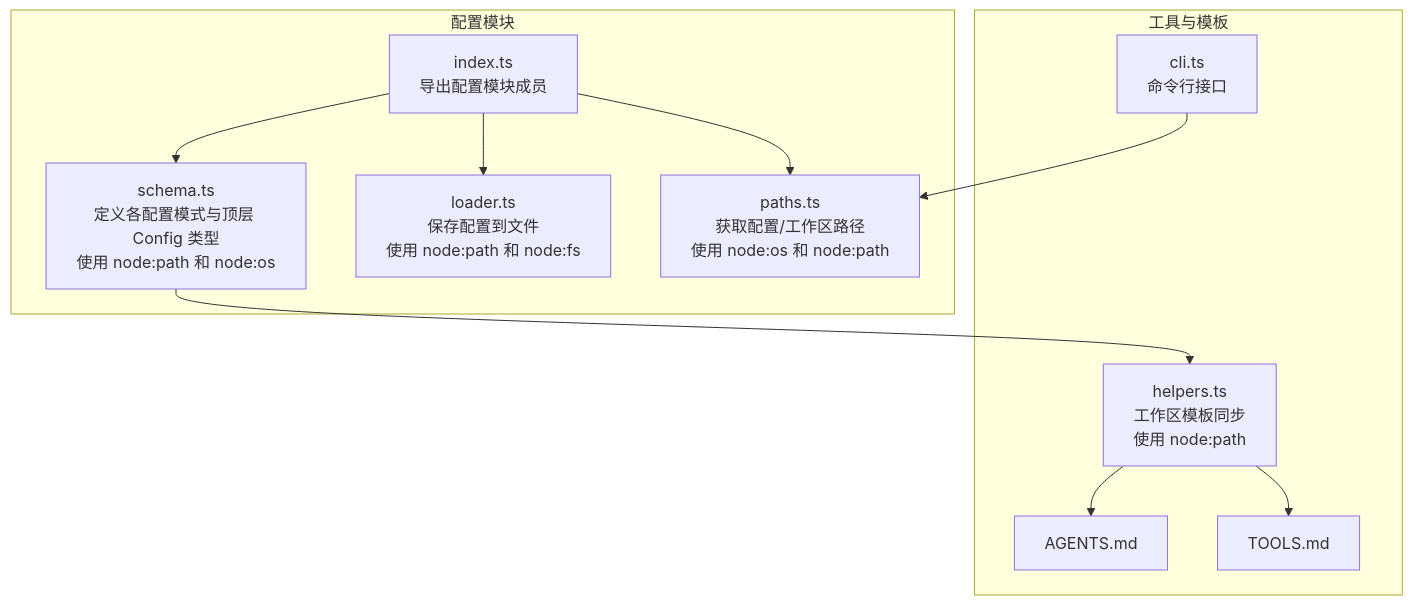
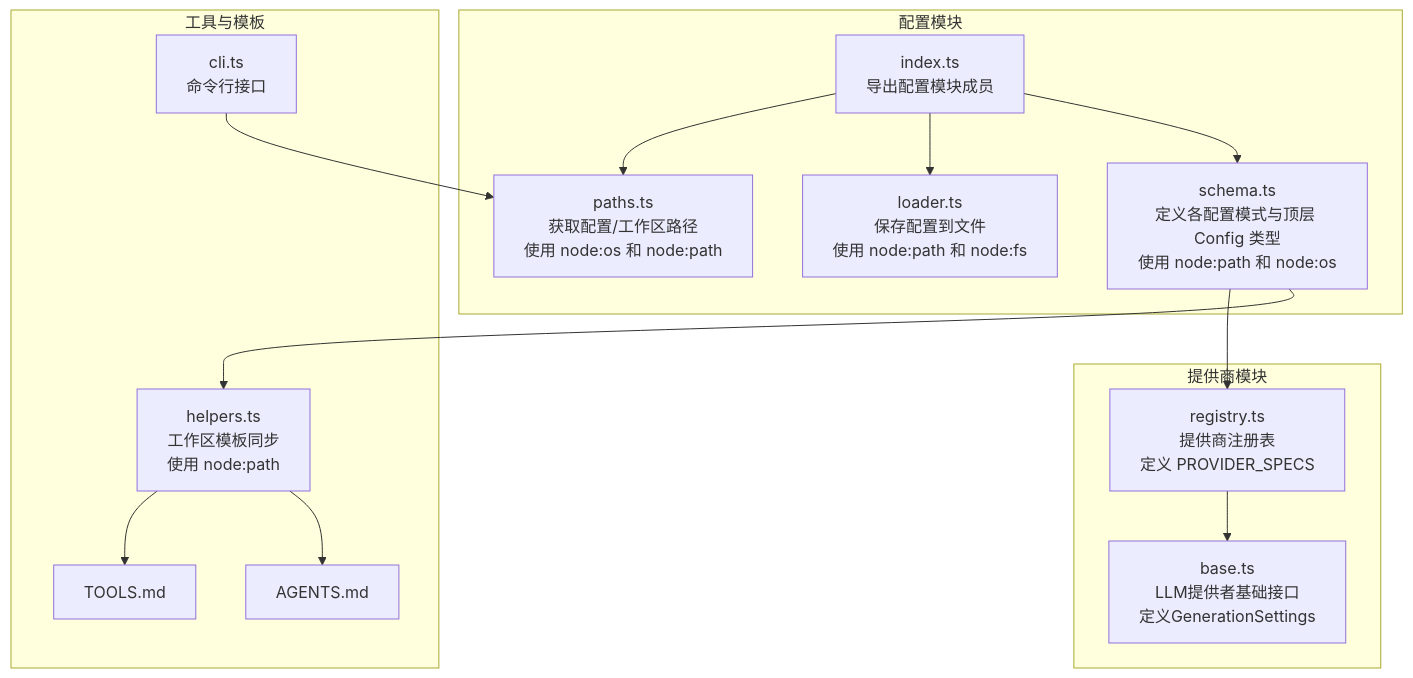
The first of 3 diagrams in .qoder/repowiki/zh/content/配置系统/配置模式定义.md (neciszhang/batbot), drawn with Mermaid before and after one commit. The commit also changed other lines of this file and 13 other files, not shown here.

````diff
--- a/.qoder/repowiki/zh/content/配置系统/配置模式定义.md
+++ b/.qoder/repowiki/zh/content/配置系统/配置模式定义.md
@@ -51,22 +55,28 @@
 ```mermaid
 graph TB
 subgraph "配置模块"
 S["schema.ts<br/>定义各配置模式与顶层 Config 类型<br/>使用 node:path 和 node:os"]
 L["loader.ts<br/>保存配置到文件<br/>使用 node:path 和 node:fs"]
 P["paths.ts<br/>获取配置/工作区路径<br/>使用 node:os 和 node:path"]
 I["index.ts<br/>导出配置模块成员"]
 end
 subgraph "工具与模板"
 H["helpers.ts<br/>工作区模板同步<br/>使用 node:path"]
 CLI["cli.ts<br/>命令行接口"]
 T1["AGENTS.md"]
 T2["TOOLS.md"]
 end
+subgraph "提供商模块"
+R["registry.ts<br/>提供商注册表<br/>定义 PROVIDER_SPECS"]
+B["base.ts<br/>LLM提供者基础接口<br/>定义GenerationSettings"]
+end
 I --> S
 I --> L
 I --> P
 S --> H
+S --> R
+R --> B
 H --> T1
 H --> T2
 CLI --> P
 ```
````
